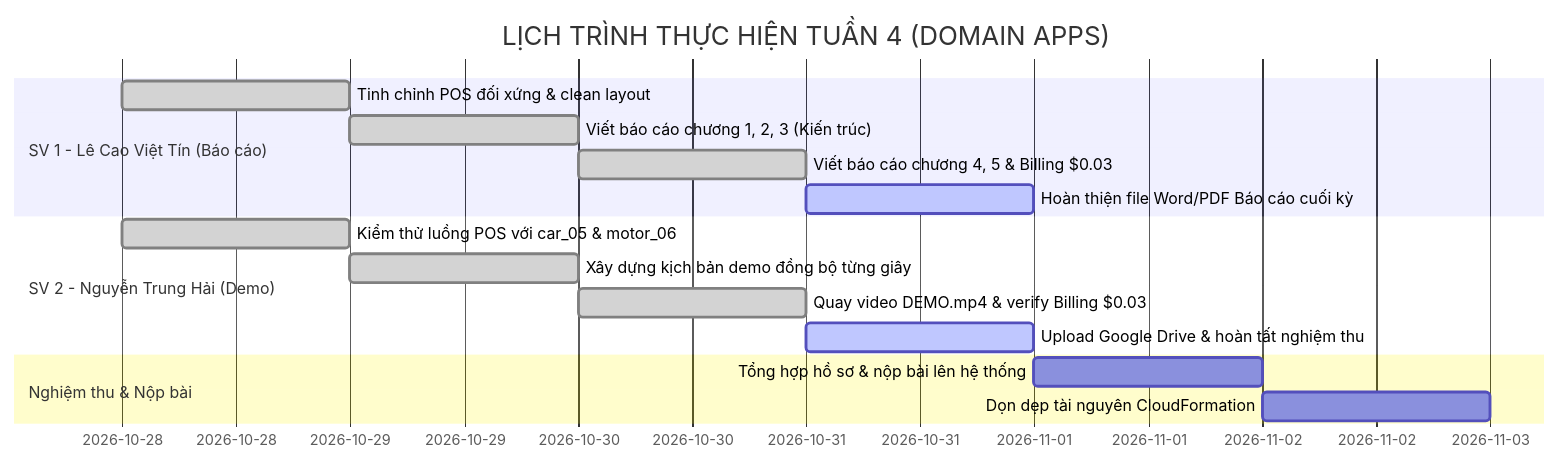
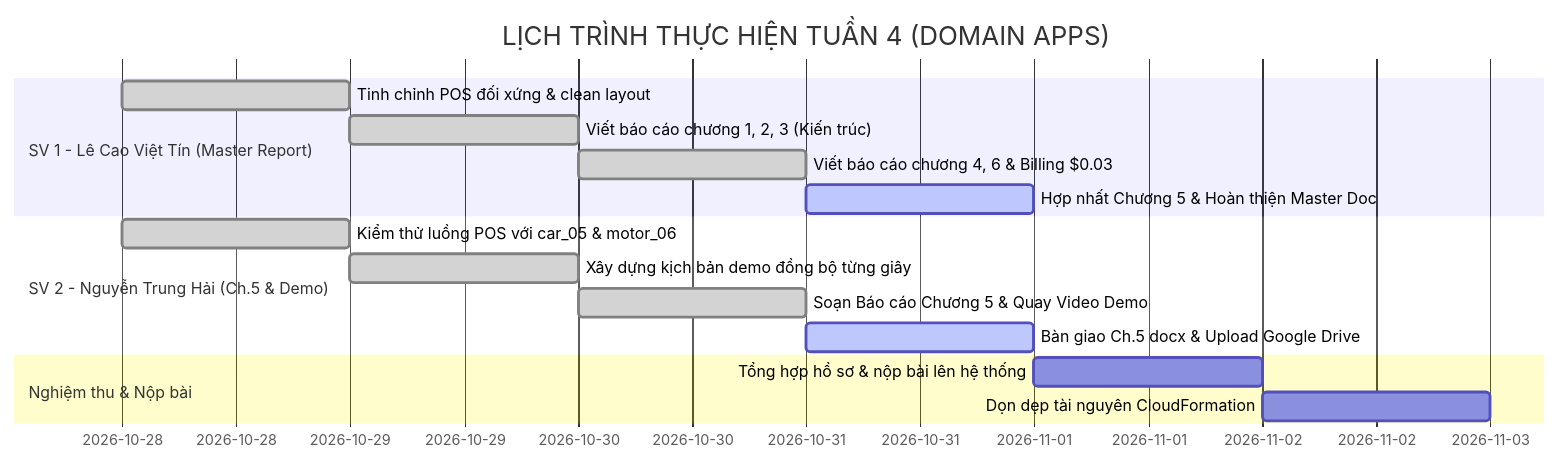
Before and after one commit to nthai212006-gh/cloud-smart-parking-system: the diagram in PLAN_TUAN_4.md, drawn with Mermaid. The commit also changed other lines of this file and 17 other files, not shown here.

````diff
--- a/PLAN_TUAN_4.md
+++ b/PLAN_TUAN_4.md
@@ -92,18 +92,18 @@
 ```mermaid
 gantt
     title LỊCH TRÌNH THỰC HIỆN TUẦN 4 (DOMAIN APPS)
     dateFormat  YYYY-MM-DD
-    section SV 1 - Lê Cao Việt Tín (Báo cáo)
+    section SV 1 - Lê Cao Việt Tín (Master Report)
     Tinh chỉnh POS đối xứng & clean layout    :done, 2026-10-28, 1d
     Viết báo cáo chương 1, 2, 3 (Kiến trúc)    :done, 2026-10-29, 1d
-    Viết báo cáo chương 4, 5 & Billing $0.03  :done, 2026-10-30, 1d
-    Hoàn thiện file Word/PDF Báo cáo cuối kỳ  :active, 2026-10-31, 1d
-    section SV 2 - Nguyễn Trung Hải (Demo)
+    Viết báo cáo chương 4, 6 & Billing $0.03  :done, 2026-10-30, 1d
+    Hợp nhất Chương 5 & Hoàn thiện Master Doc :active, 2026-10-31, 1d
+    section SV 2 - Nguyễn Trung Hải (Ch.5 & Demo)
     Kiểm thử luồng POS với car_05 & motor_06   :done, 2026-10-28, 1d
     Xây dựng kịch bản demo đồng bộ từng giây   :done, 2026-10-29, 1d
-    Quay video DEMO.mp4 & verify Billing $0.03:done, 2026-10-30, 1d
-    Upload Google Drive & hoàn tất nghiệm thu :active, 2026-10-31, 1d
+    Soạn Báo cáo Chương 5 & Quay Video Demo   :done, 2026-10-30, 1d
+    Bàn giao Ch.5 docx & Upload Google Drive  :active, 2026-10-31, 1d
     section Nghiệm thu & Nộp bài
     Tổng hợp hồ sơ & nộp bài lên hệ thống     :2026-11-01, 1d
     Dọn dẹp tài nguyên CloudFormation         :2026-11-02, 1d
 ```
````
